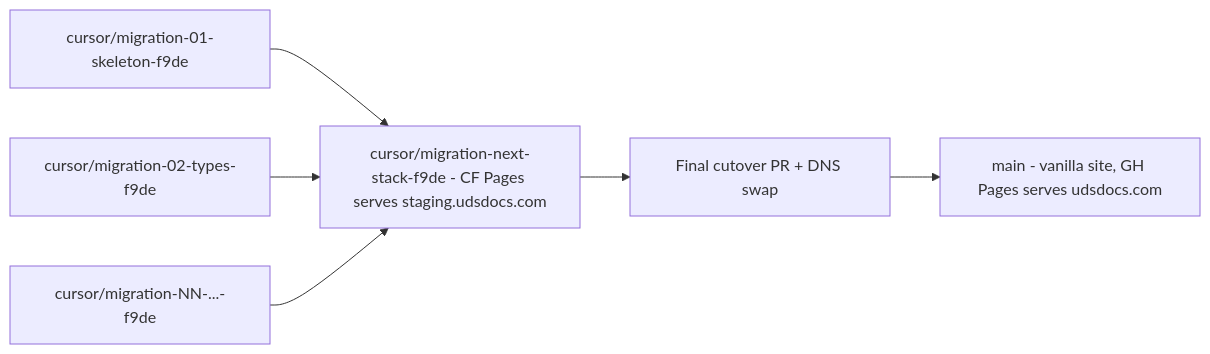
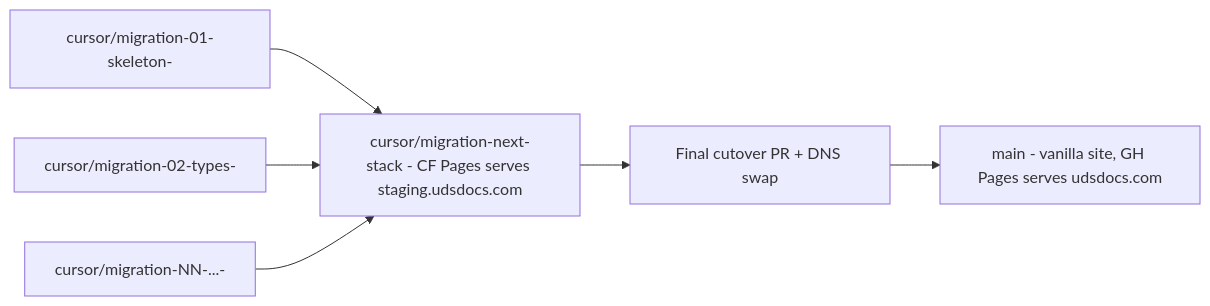
One commit to sbajwa32/uds-docs changed the first of 2 diagrams in .cursor/plans/uds-docs-nextjs-migration.md. Above: the diagram before and after it, drawn with Mermaid. The commit also changed other lines of this file, not shown here.

First line of the commit message:
Revise migration plan from external review

````diff
--- a/.cursor/plans/uds-docs-nextjs-migration.md
+++ b/.cursor/plans/uds-docs-nextjs-migration.md
@@ -155,14 +155,14 @@
 ```mermaid
 graph LR
   main["main - vanilla site, GH Pages serves udsdocs.com"]
-  rebuild["cursor/migration-next-stack-f9de - CF Pages serves staging.udsdocs.com"]
-  c1[cursor/migration-01-skeleton-f9de]
-  c2[cursor/migration-02-types-f9de]
-  cN[cursor/migration-NN-...-f9de]
+  rebuild["cursor/migration-next-stack - CF Pages serves staging.udsdocs.com"]
+  c1["cursor/migration-01-skeleton-<suffix>"]
+  c2["cursor/migration-02-types-<suffix>"]
+  cN["cursor/migration-NN-...-<suffix>"]
   cutover["Final cutover PR + DNS swap"]
   c1 --> rebuild
   c2 --> rebuild
   cN --> rebuild
   rebuild --> cutover
   cutover --> main
 ```
````
